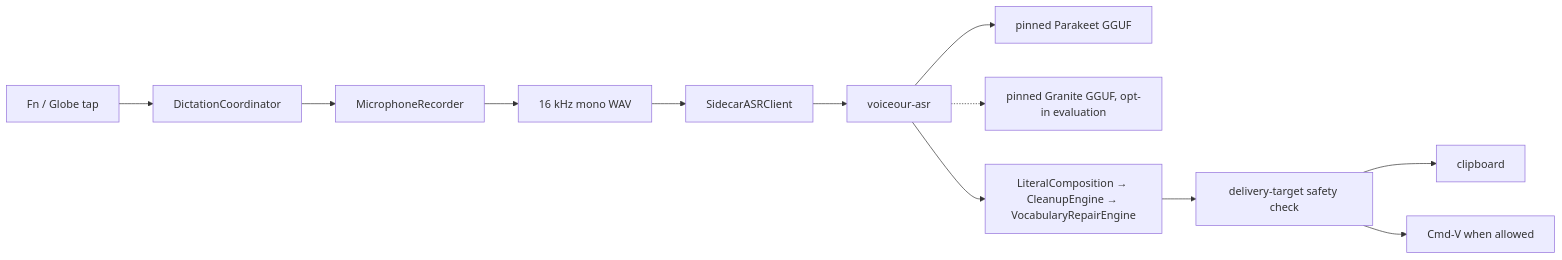
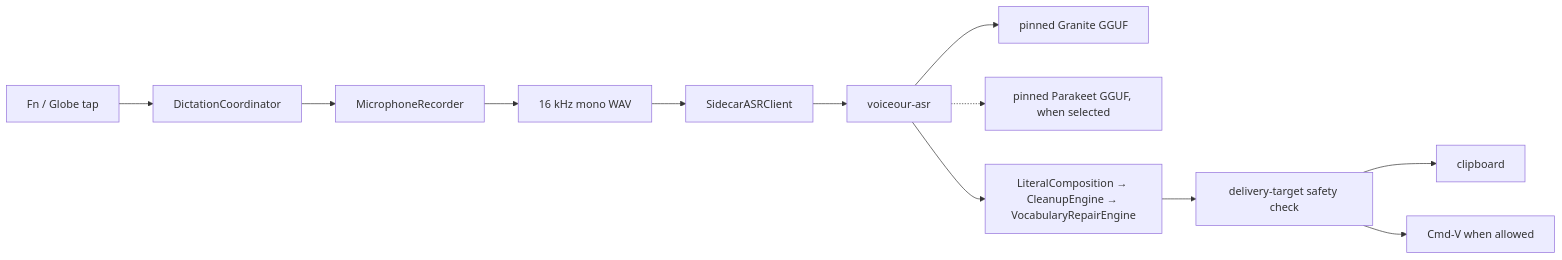
One commit to joswha/voiceour changed the diagram in README.md. Above: the diagram before and after it, drawn with Mermaid. The commit also changed other lines of this file and 8 other files, not shown here.

````diff
--- a/README.md
+++ b/README.md
@@ -98,14 +98,14 @@
 ```mermaid
 flowchart LR
     Hotkey[Fn / Globe tap] --> Coordinator[DictationCoordinator]
     Coordinator --> Recorder[MicrophoneRecorder]
     Recorder --> WAV[16 kHz mono WAV]
     WAV --> Client[SidecarASRClient]
     Client --> Sidecar[voiceour-asr]
-    Sidecar --> Model[pinned Parakeet GGUF]
-    Sidecar -.-> Granite[pinned Granite GGUF, opt-in evaluation]
+    Sidecar --> Granite[pinned Granite GGUF]
+    Sidecar -.-> Parakeet[pinned Parakeet GGUF, when selected]
     Sidecar --> Text[LiteralComposition → CleanupEngine → VocabularyRepairEngine]
     Text --> Safety[delivery-target safety check]
     Safety --> Clipboard[clipboard]
     Safety --> Paste[Cmd-V when allowed]
 ```
````
